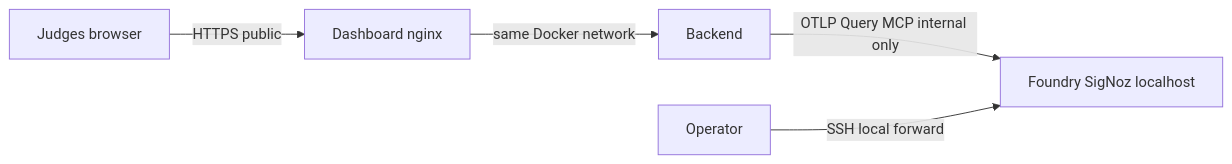
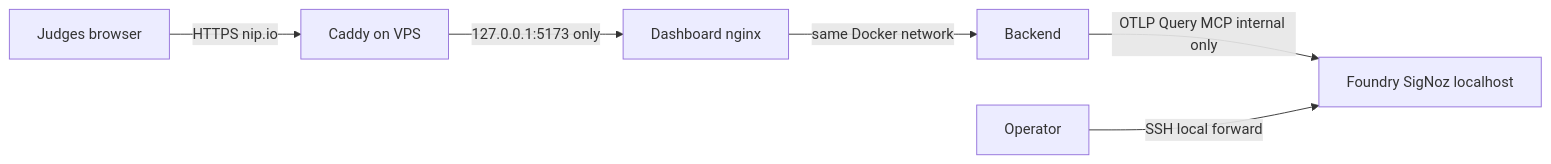
The third of 3 diagrams in README.md (ashihams/Nights-Watch), drawn with Mermaid before and after one commit. The commit also changed other lines of this file and 1 other file, not shown here.

First line of the commit message:
docs: Oracle Always Free + nip.io/Caddy for judge live link

````diff
--- a/README.md
+++ b/README.md
@@ -215,7 +217,8 @@
 ```mermaid
 flowchart LR
-  Judges[Judges browser] -->|HTTPS public| Nginx[Dashboard nginx]
+  Judges[Judges browser] -->|HTTPS nip.io| Caddy[Caddy on VPS]
+  Caddy -->|127.0.0.1:5173 only| Nginx[Dashboard nginx]
   Nginx -->|same Docker network| API[Backend]
   API -->|OTLP Query MCP internal only| SigNoz[Foundry SigNoz localhost]
   Ops[Operator] -->|SSH local forward| SigNoz
 ```
````
